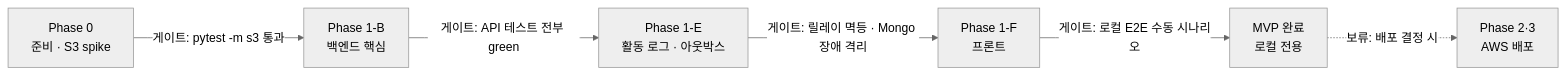
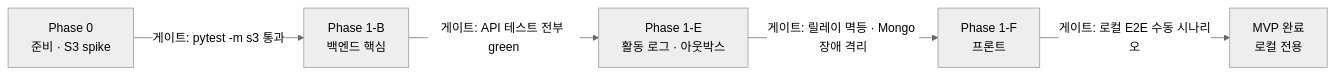
Before and after one commit to jn8366ew/image-upload-with-django: the diagram in image-upload-roadmap.md, drawn with Mermaid (neutral theme). The commit also changed other lines of this file and 4 other files, not shown here.

````diff
--- a/image-upload-roadmap.md
+++ b/image-upload-roadmap.md
@@ -34,8 +39,7 @@
 ```mermaid
 flowchart LR
     P0["Phase 0<br/>준비 · S3 spike"] -->|"게이트: pytest -m s3 통과"| P1B["Phase 1-B<br/>백엔드 핵심"]
     P1B -->|"게이트: API 테스트 전부 green"| P1E["Phase 1-E<br/>활동 로그 · 아웃박스"]
     P1E -->|"게이트: 릴레이 멱등 · Mongo 장애 격리"| P1F["Phase 1-F<br/>프론트"]
     P1F -->|"게이트: 로컬 E2E 수동 시나리오"| DONE["MVP 완료<br/>로컬 전용"]
-    DONE -.->|"보류: 배포 결정 시"| P23["Phase 2·3<br/>AWS 배포"]
 ```
````
